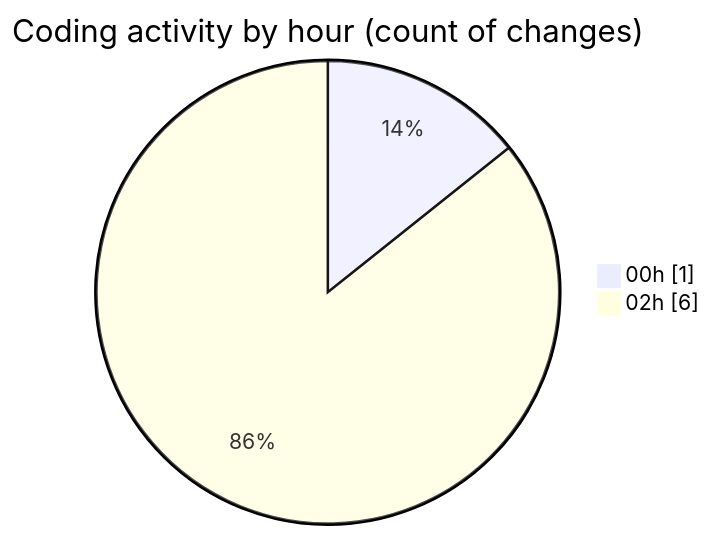
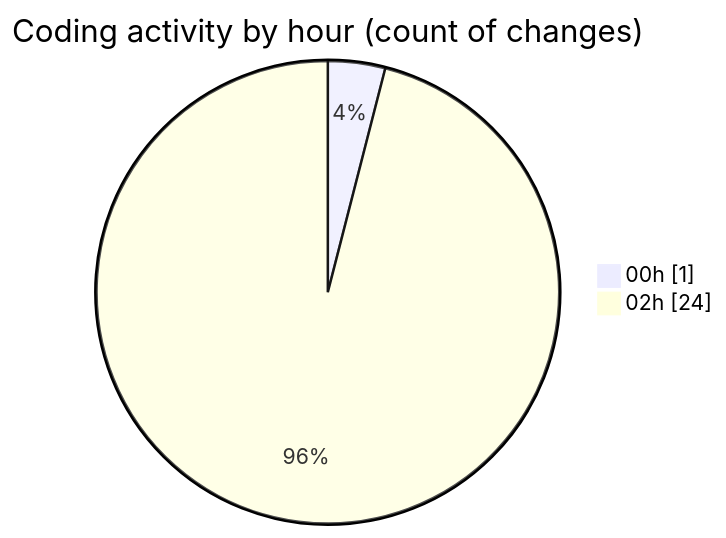
One commit to julien-gomy/code-tracking changed the second of 2 diagrams in 2025-11-23/eventscop-api-guide__workspace_/README.md. Above: the diagram before and after it, drawn with Mermaid. The commit also changed other lines of this file and 1 other file, not shown here.

````diff
--- a/2025-11-23/eventscop-api-guide__workspace_/README.md
+++ b/2025-11-23/eventscop-api-guide__workspace_/README.md
@@ -29,6 +36,6 @@
 ```mermaid
 pie showData
 title Coding activity by hour (count of changes)
 "00h" : 1
-"02h" : 6
+"02h" : 24
 ```
````
